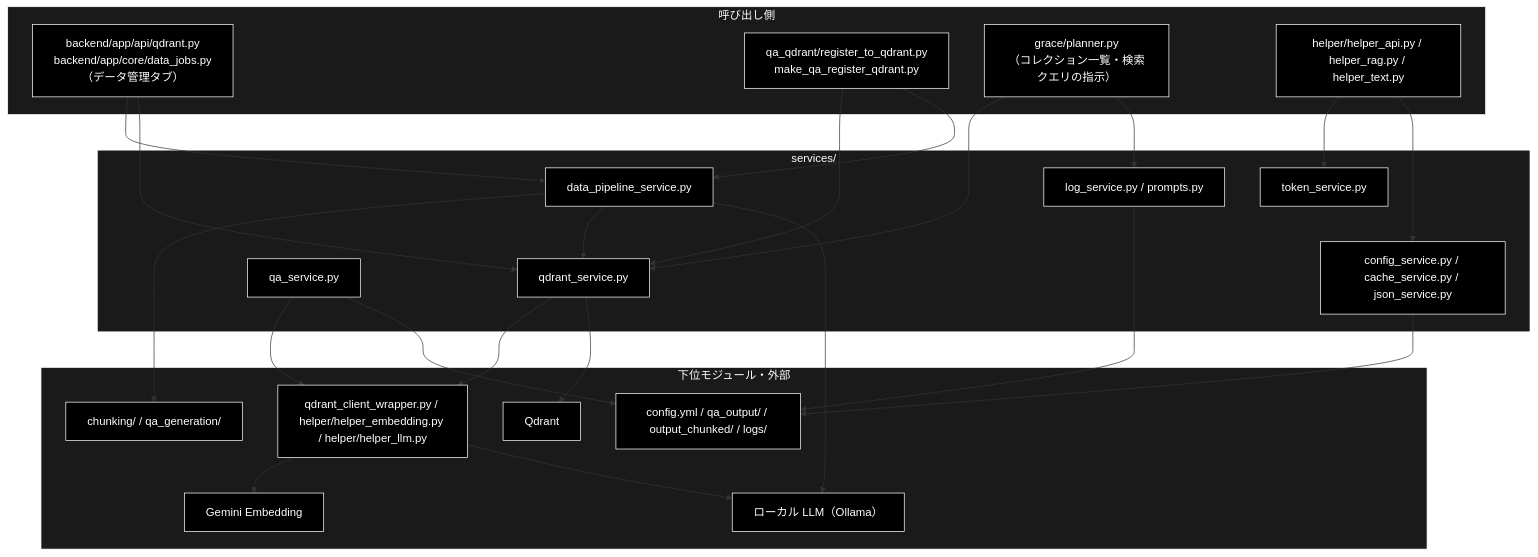
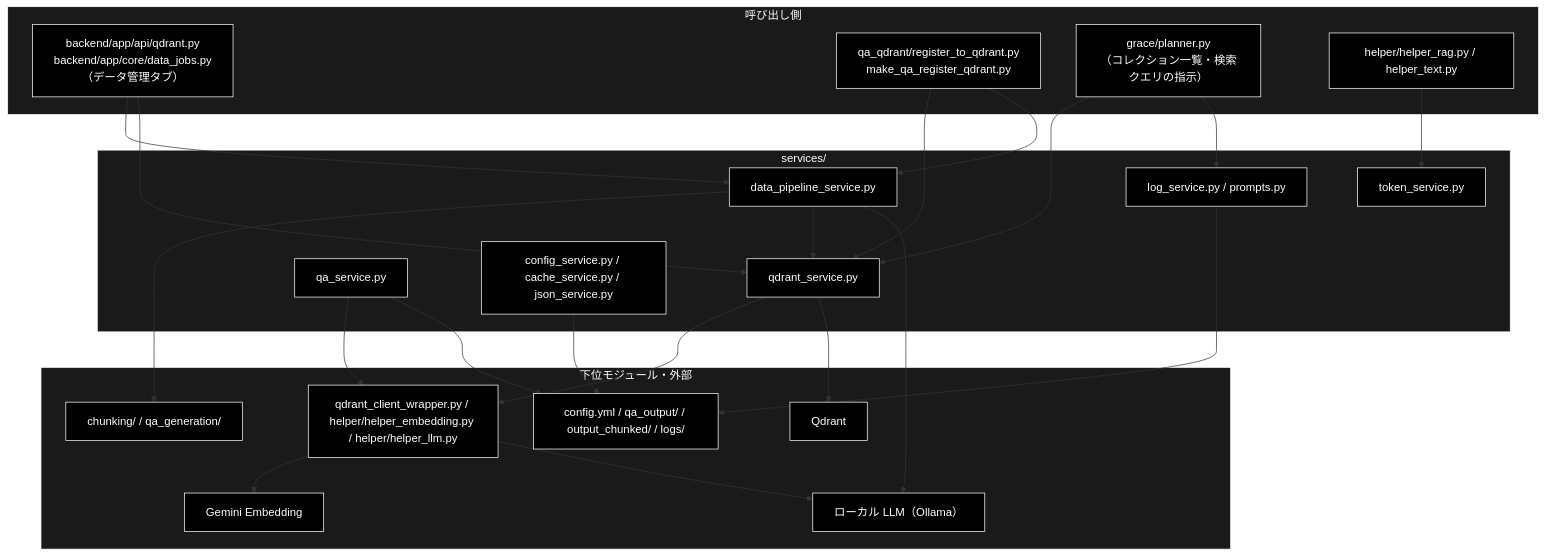
Before and after one commit to nakashima2toshio/grace_v2_local: the diagram in services/docs/README_services.md, drawn with Mermaid. The commit also changed other lines of this file and 19 other files, not shown here.

````diff
--- a/services/docs/README_services.md
+++ b/services/docs/README_services.md
@@ -63,50 +63,49 @@
 ```mermaid
 flowchart TB
     subgraph CALLER["呼び出し側"]
         API["backend/app/api/qdrant.py<br>backend/app/core/data_jobs.py<br>（データ管理タブ）"]
         CLI["qa_qdrant/register_to_qdrant.py<br>make_qa_register_qdrant.py"]
         GR["grace/planner.py<br>（コレクション一覧・検索クエリの指示）"]
-        HLP["helper/helper_api.py / helper_rag.py / helper_text.py"]
+        HLP["helper/helper_rag.py / helper_text.py"]
     end
     subgraph SVC["services/"]
         DPS["data_pipeline_service.py"]
         QDS["qdrant_service.py"]
         QAS["qa_service.py"]
         TOK["token_service.py"]
         CFG["config_service.py / cache_service.py / json_service.py"]
         LOG["log_service.py / prompts.py"]
     end
     subgraph LOWER["下位モジュール・外部"]
         CHK["chunking/ / qa_generation/"]
         WRP["qdrant_client_wrapper.py / helper/helper_embedding.py / helper/helper_llm.py"]
         QD["Qdrant"]
         GEM["Gemini Embedding"]
         OLL["ローカル LLM（Ollama）"]
         FS["config.yml / qa_output/ / output_chunked/ / logs/"]
     end
     API --> DPS
     API --> QDS
     CLI --> QDS
     CLI --> DPS
     GR --> QDS
     GR --> LOG
     HLP --> TOK
-    HLP --> CFG
     DPS --> CHK
     DPS --> QDS
     QDS --> WRP
     QDS --> QD
     WRP --> GEM
     QAS --> WRP
     WRP --> OLL
     DPS --> OLL
     CFG --> FS
     QAS --> FS
     LOG --> FS
 classDef default fill:#000,stroke:#fff,color:#fff
 classDef subgraphStyle fill:#1a1a1a,stroke:#fff,color:#fff
 class API,CLI,GR,HLP,DPS,QDS,QAS,TOK,CFG,LOG,CHK,WRP,QD,GEM,OLL,FS default
 style CALLER fill:#1a1a1a,stroke:#fff,color:#fff
 style SVC fill:#1a1a1a,stroke:#fff,color:#fff
 style LOWER fill:#1a1a1a,stroke:#fff,color:#fff
 ```
````
